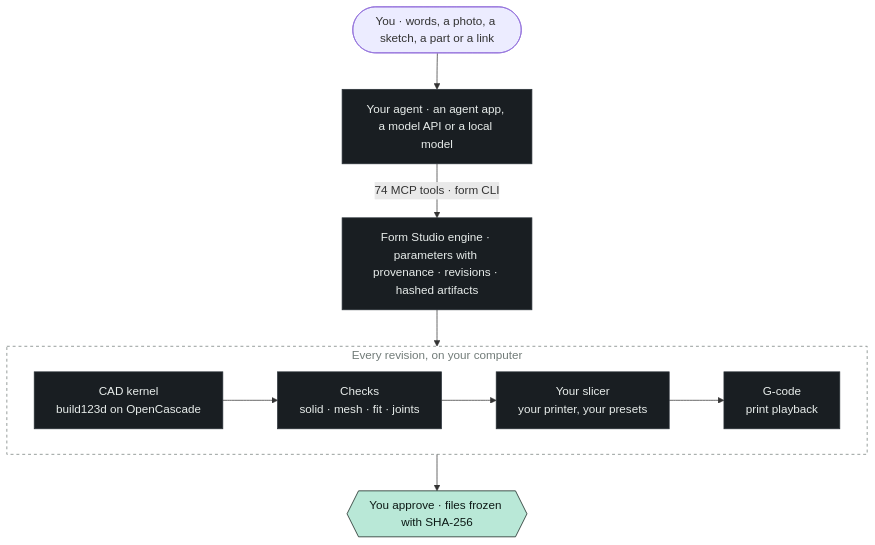
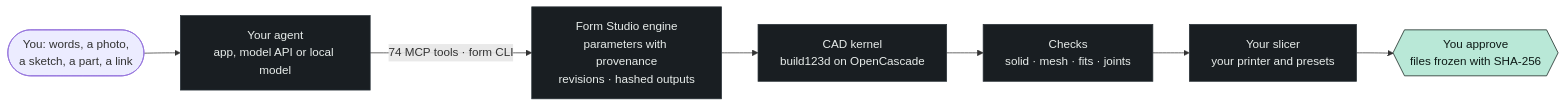
Before and after one commit to kaizensx/form-studio: the diagram in README.md, drawn with Mermaid. The commit also changed other lines of this file and 42 other files, not shown here.

````diff
--- a/README.md
+++ b/README.md
@@ -202,19 +53,13 @@
 ```mermaid
-flowchart TB
-  you(["You · words, a photo, a sketch, a part or a link"]) --> agent
-  agent["Your agent · an agent app, a model API or a local model"] -- "74 MCP tools · form CLI" --> engine
-  engine["Form Studio engine · parameters with provenance · revisions · hashed artifacts"]
-  subgraph every["Every revision, on your computer"]
-    direction LR
-    kernel["CAD kernel<br/>build123d on OpenCascade"] --> checks["Checks<br/>solid · mesh · fit · joints"]
-    checks --> slicer["Your slicer<br/>your printer, your presets"]
-    slicer --> sim["G-code<br/>print playback"]
-  end
-  engine --> every
-  every --> release{{"You approve · files frozen with SHA-256"}}
+flowchart LR
+  you(["You: words, a photo,<br/>a sketch, a part, a link"]) --> agent["Your agent<br/>app, model API or local model"]
+  agent -- "74 MCP tools · form CLI" --> engine["Form Studio engine<br/>parameters with provenance<br/>revisions · hashed outputs"]
+  engine --> kernel["CAD kernel<br/>build123d on OpenCascade"]
+  kernel --> checks["Checks<br/>solid · mesh · fits · joints"]
+  checks --> slicer["Your slicer<br/>your printer and presets"]
+  slicer --> release{{"You approve<br/>files frozen with SHA-256"}}
   classDef datum fill:#b9e8d7,stroke:#0d1a16,color:#0d1a16
   classDef plate fill:#191e22,stroke:#2a3238,color:#e8edeb
   class release datum
-  class agent,engine,kernel,checks,slicer,sim plate
-  style every fill:transparent,stroke:#717b78,stroke-dasharray:4 4,color:#717b78
+  class agent,engine,kernel,checks,slicer plate
 ```
````
